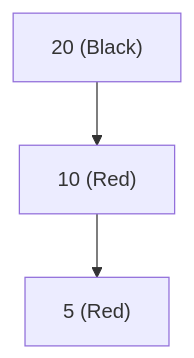
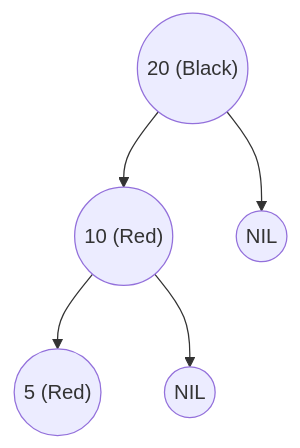
Before and after one commit to imdeepmind/imdeepmind.github.io: the eighth of 31 diagrams in docs/data-structure-and-algorithms/data-structures/tree/search-tree/self-balancing-bst/red-black.md, drawn with Mermaid. The commit also changed other lines of this file, not shown here.

Commit message:
docs(tree): IMDEEPMIND-32: added docs for red black tree

````diff
--- a/docs/data-structure-and-algorithms/data-structures/tree/search-tree/self-balancing-bst/red-black.md
+++ b/docs/data-structure-and-algorithms/data-structures/tree/search-tree/self-balancing-bst/red-black.md
@@ -147,6 +162,8 @@
 ```mermaid
 graph TD
-    A["20 (Black)"]
-    A --> B["10 (Red)"]
-    B --> C["5 (Red)"]
+    A(("20 (Black)"))
+    A --> B(("10 (Red)"))
+    A --> D(("NIL"))
+    B --> C(("5 (Red)"))
+    B --> E(("NIL"))
 ```
````
